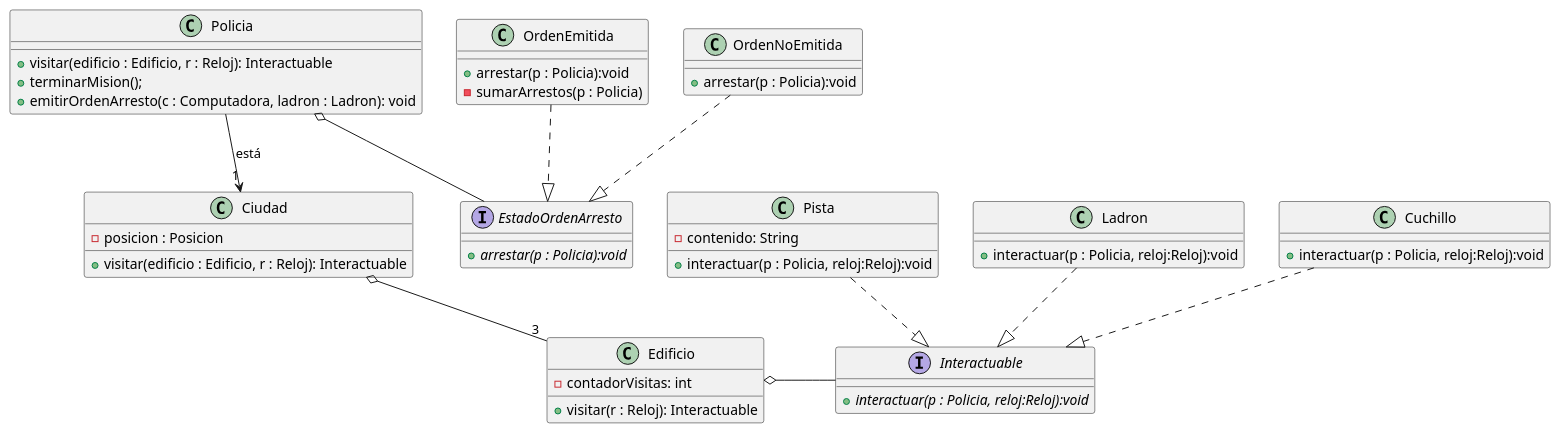
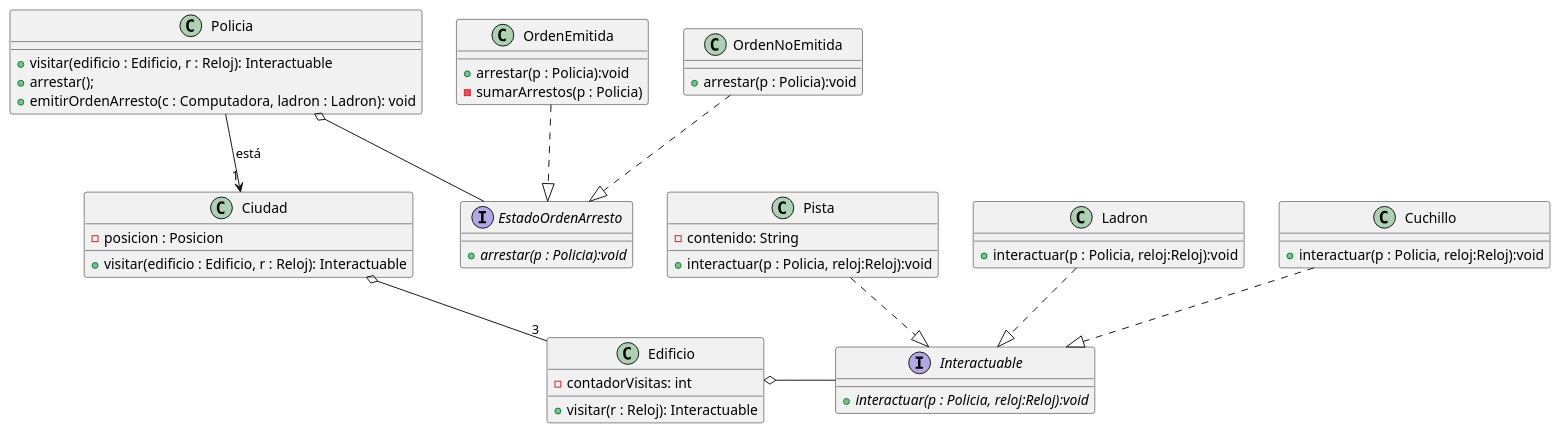
The diagram in diagrams/classes/diagrama_clases_general.puml (martinanus/algo3_tp2), drawn with PlantUML before and after one commit. The commit also changed 3 other files, not shown here.

Commit message:
Se agrega diagrama PoliciaEncuentraAlLadronConUnaOrdenDeArrestoEmitida y se cambia nombre de metodo en policia por arrestar()

```diff
--- a/diagrams/classes/diagrama_clases_general.puml
+++ b/diagrams/classes/diagrama_clases_general.puml
@@ -1,60 +1,60 @@
 @startuml
 class Edificio {
 - contadorVisitas: int
 + visitar(r : Reloj): Interactuable
 }
 
 class Ciudad {
     - posicion : Posicion
     + visitar(edificio : Edificio, r : Reloj): Interactuable
 }
 
 class Policia {
     + visitar(edificio : Edificio, r : Reloj): Interactuable
-    + terminarMision();
+    + arrestar();
     + emitirOrdenArresto(c : Computadora, ladron : Ladron): void
 }
 interface EstadoOrdenArresto{
 + {abstract} arrestar(p : Policia):void
 
 }
 class OrdenEmitida{
     +arrestar(p : Policia):void
     -sumarArrestos(p : Policia)
 
 }
 class OrdenNoEmitida{
     +arrestar(p : Policia):void
 
 }
 
 
 
 class Pista {
     - contenido: String
     +interactuar(p : Policia, reloj:Reloj):void
 }
 Interface  Interactuable{
     + {abstract} interactuar(p : Policia, reloj:Reloj):void
 
 }
 class Ladron{
     +interactuar(p : Policia, reloj:Reloj):void
 
 }
 class Cuchillo{
      +interactuar(p : Policia, reloj:Reloj):void
 
 }
 OrdenEmitida ..|> EstadoOrdenArresto
 OrdenNoEmitida ..|> EstadoOrdenArresto
 Policia o-- EstadoOrdenArresto
 Edificio o- Interactuable
 Policia -->"1" Ciudad: está
 Ciudad o-- "3" Edificio
 Pista ..|>  Interactuable
 Ladron ..|>  Interactuable
 Cuchillo ..|>  Interactuable
 
 
 @enduml
```
